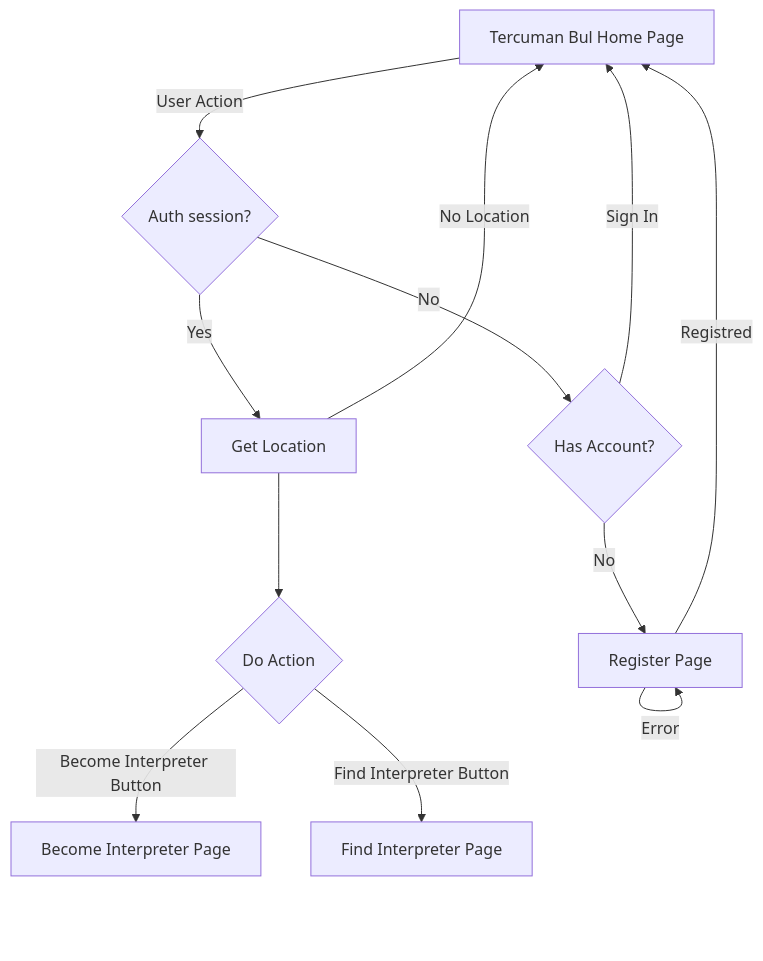
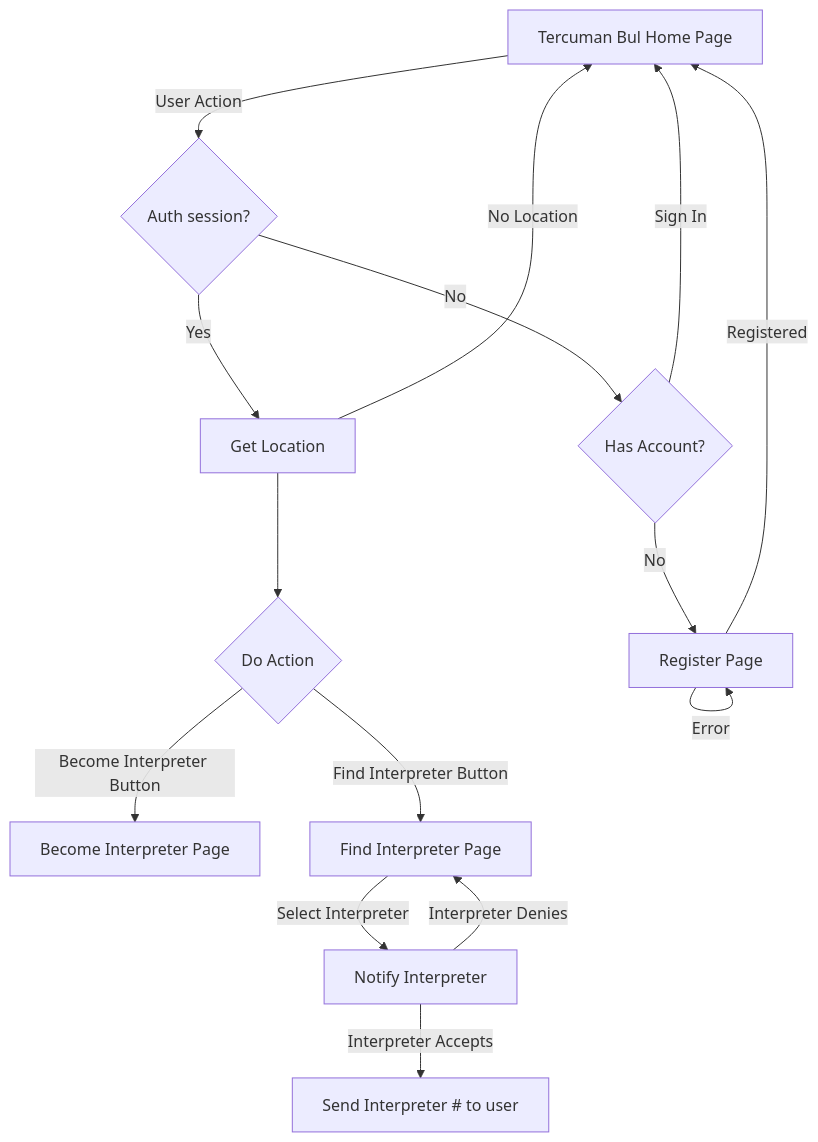
One commit to acikyazilimagi/tercuman-bul-app changed the diagram in README.md. Above: the diagram before and after it, drawn with Mermaid. The commit also changed 7 other files, not shown here.

````diff
--- a/README.md
+++ b/README.md
@@ -40,14 +40,17 @@
 ```mermaid
 flowchart TD
     A[Tercuman Bul Home Page] --> |User Action| C{Auth session?}
     C --> |Yes| I[Get Location]
     I --> D{Do Action}
     I --> |No Location|A
     C --> |No| E{Has Account?}
     E --> |No| H[Register Page]
     H --> |Error|H
-    H --> |Registred|A
+    H --> |Registered|A
     E --> |Sign In|A
     D --> |Become Interpreter Button| F[Become Interpreter Page]
     D --> |Find Interpreter Button| G[Find Interpreter Page]
+    G --> |Select Interpreter| J[Notify Interpreter]
+    J --> |Interpreter Denies| G
+    J --> |Interpreter Accepts| K[Send Interpreter # to user]
 ```
````
